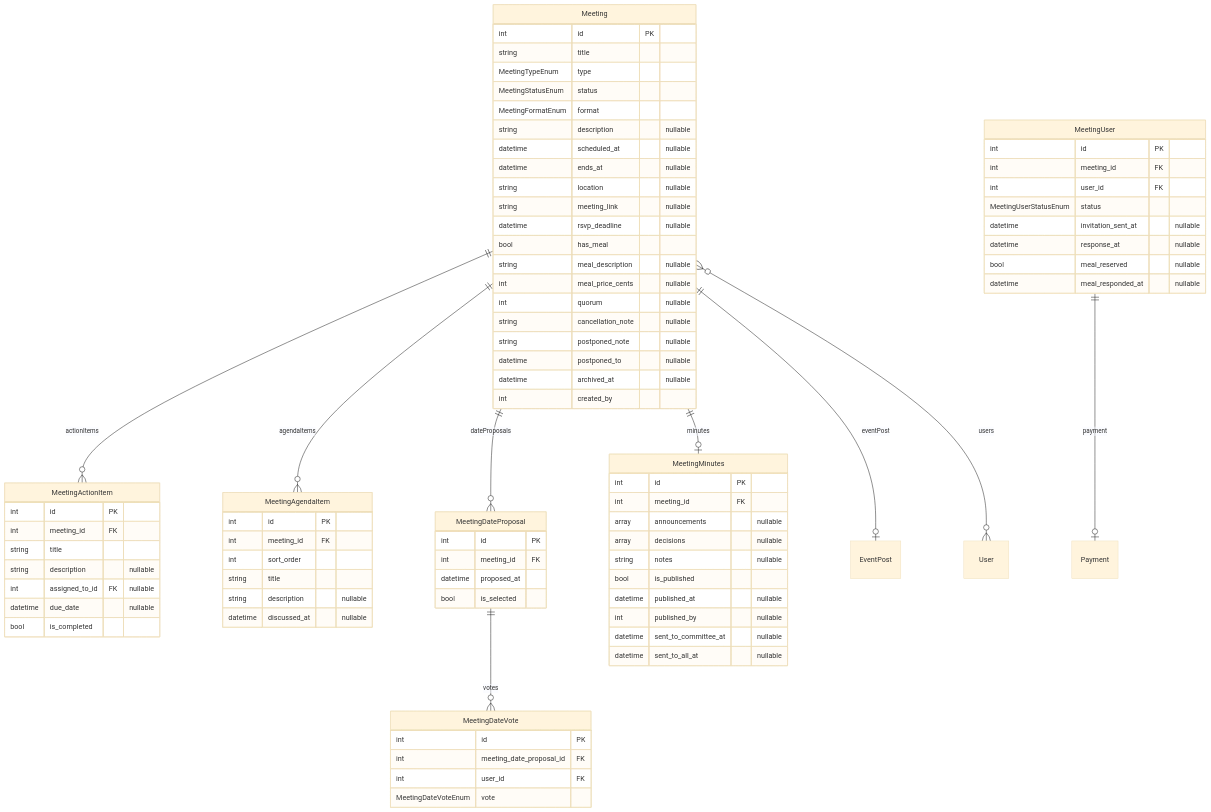
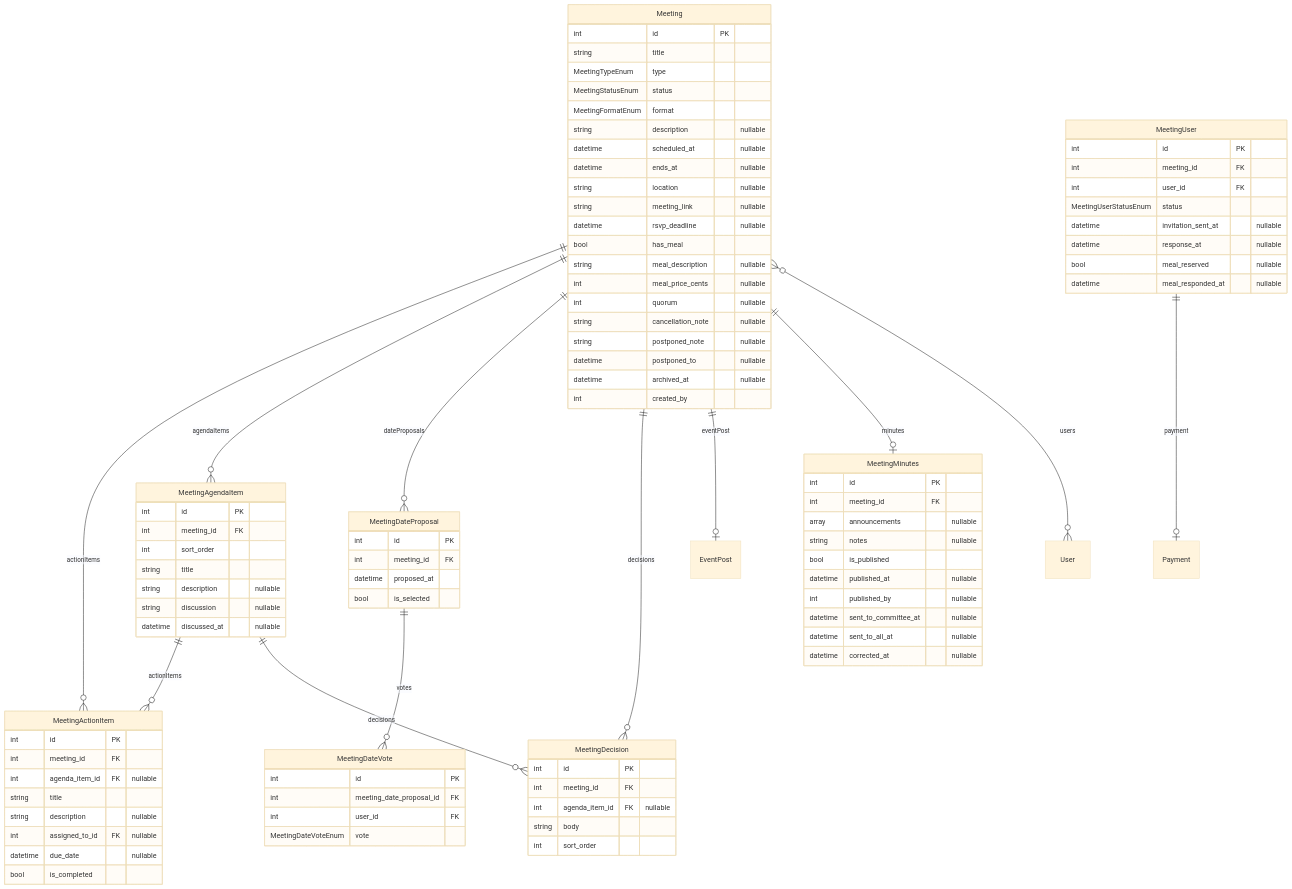
The diagram in docs/erd/meetings.md (Paupoo/tabletennisclub-app), drawn with Mermaid (base theme) before and after one commit. The commit also changed 8 other files, not shown here.

````diff
--- a/docs/erd/meetings.md
+++ b/docs/erd/meetings.md
@@ -27,6 +27,7 @@
     MeetingActionItem {
         int id PK
         int meeting_id FK
+        int agenda_item_id FK "nullable"
         string title
         string description "nullable"
         int assigned_to_id FK "nullable"
@@ -39,6 +40,7 @@
         int sort_order
         string title
         string description "nullable"
+        string discussion "nullable"
         datetime discussed_at "nullable"
     }
     MeetingDateProposal {
@@ -53,17 +55,24 @@
         int user_id FK
         MeetingDateVoteEnum vote
     }
+    MeetingDecision {
+        int id PK
+        int meeting_id FK
+        int agenda_item_id FK "nullable"
+        string body
+        int sort_order
+    }
     MeetingMinutes {
         int id PK
         int meeting_id FK
         array announcements "nullable"
-        array decisions "nullable"
         string notes "nullable"
         bool is_published
         datetime published_at "nullable"
         int published_by "nullable"
         datetime sent_to_committee_at "nullable"
         datetime sent_to_all_at "nullable"
+        datetime corrected_at "nullable"
     }
     MeetingUser {
         int id PK
@@ -79,9 +88,12 @@
     Meeting ||--o{ MeetingActionItem : "actionItems"
     Meeting ||--o{ MeetingAgendaItem : "agendaItems"
     Meeting ||--o{ MeetingDateProposal : "dateProposals"
+    Meeting ||--o{ MeetingDecision : "decisions"
     Meeting ||--o| EventPost : "eventPost"
     Meeting ||--o| MeetingMinutes : "minutes"
     Meeting }o--o{ User : "users"
+    MeetingAgendaItem ||--o{ MeetingActionItem : "actionItems"
+    MeetingAgendaItem ||--o{ MeetingDecision : "decisions"
     MeetingDateProposal ||--o{ MeetingDateVote : "votes"
     MeetingUser ||--o| Payment : "payment"
 ```
````
